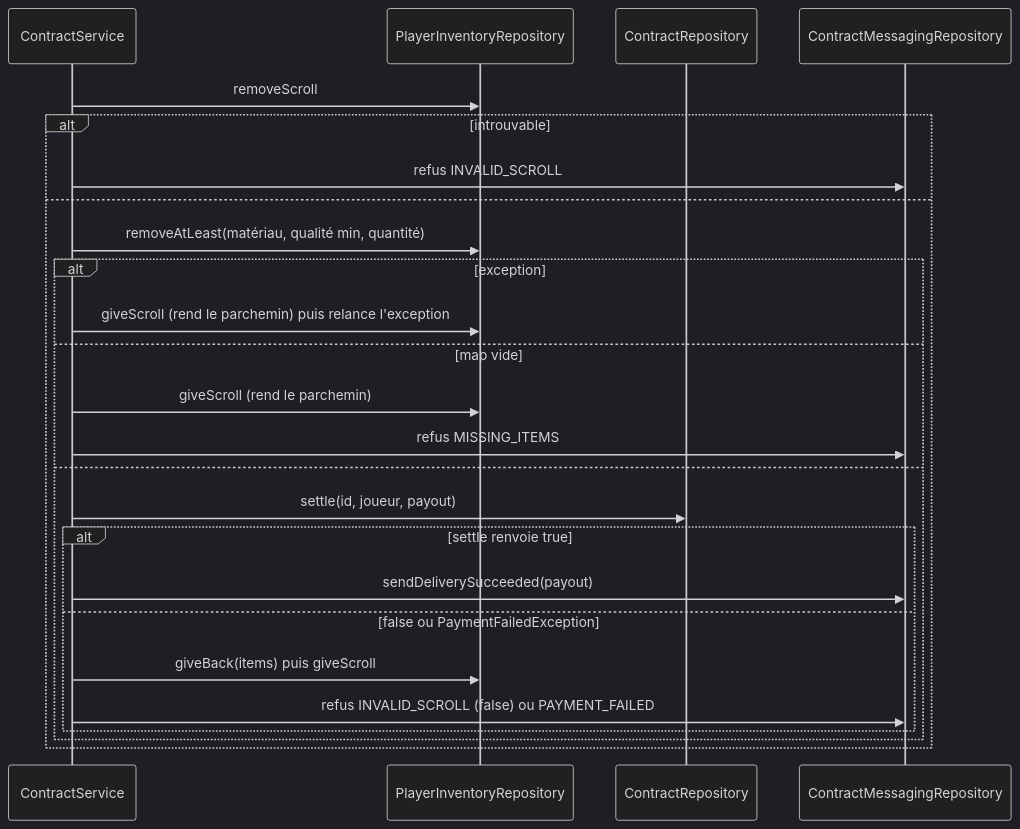
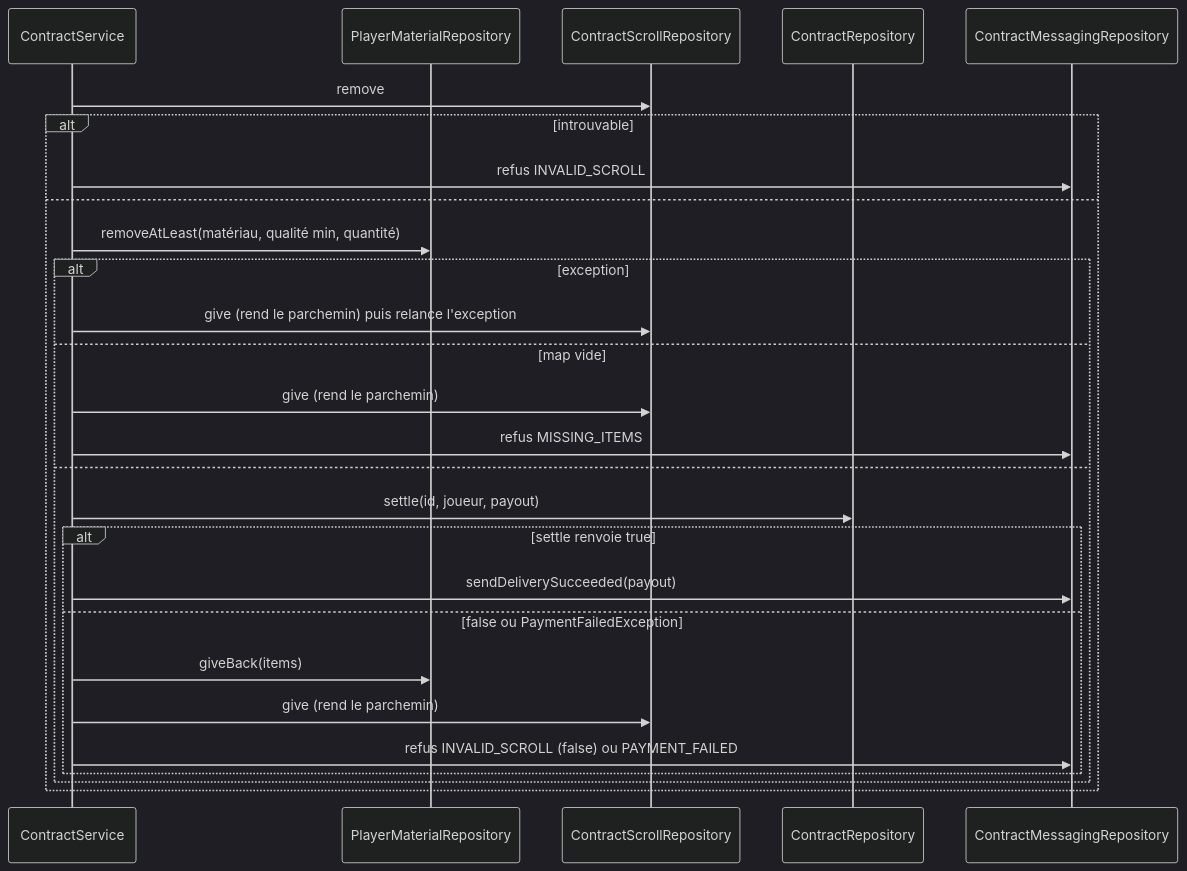
Before and after one commit to TesseractFR/TesseractSRP2: the third of 3 diagrams in contract-domain/spec/contract-domain-doc.md, drawn with Mermaid (dark theme). The commit also changed other lines of this file and 25 other files, not shown here.

````diff
--- a/contract-domain/spec/contract-domain-doc.md
+++ b/contract-domain/spec/contract-domain-doc.md
@@ -201,27 +203,29 @@
 ```mermaid
 sequenceDiagram
     participant S as ContractService
-    participant I as PlayerInventoryRepository
+    participant I as PlayerMaterialRepository
+    participant SC as ContractScrollRepository
     participant R as ContractRepository
     participant M as ContractMessagingRepository
-    S->>I: removeScroll
+    S->>SC: remove
     alt introuvable
         S->>M: refus INVALID_SCROLL
     else
         S->>I: removeAtLeast(matériau, qualité min, quantité)
         alt exception
-            S->>I: giveScroll (rend le parchemin) puis relance l'exception
+            S->>SC: give (rend le parchemin) puis relance l'exception
         else map vide
-            S->>I: giveScroll (rend le parchemin)
+            S->>SC: give (rend le parchemin)
             S->>M: refus MISSING_ITEMS
         else
             S->>R: settle(id, joueur, payout)
             alt settle renvoie true
                 S->>M: sendDeliverySucceeded(payout)
             else false ou PaymentFailedException
-                S->>I: giveBack(items) puis giveScroll
+                S->>I: giveBack(items)
+                S->>SC: give (rend le parchemin)
                 S->>M: refus INVALID_SCROLL (false) ou PAYMENT_FAILED
             end
         end
     end
 ```
````
